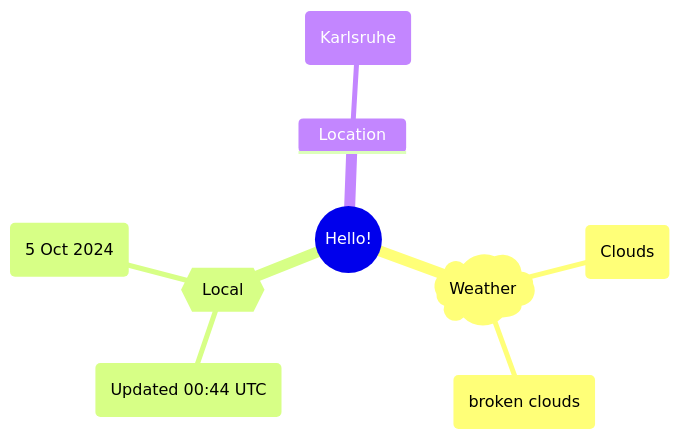
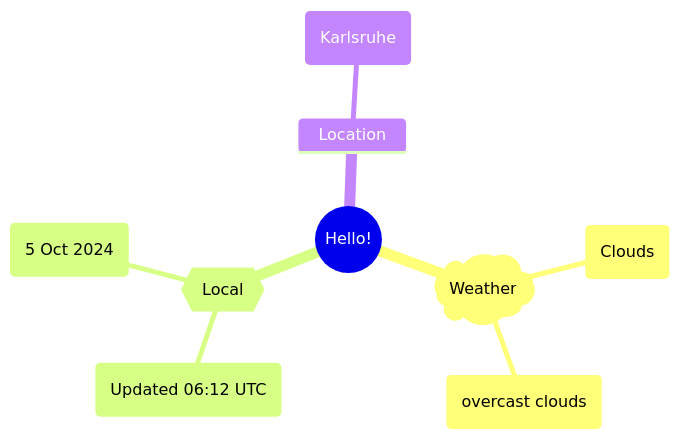
One commit to Xosrov/Xosrov changed the first of 2 diagrams in README.md. Above: the diagram before and after it, drawn with Mermaid.

Commit message:
[bot] updated images

````diff
--- a/README.md
+++ b/README.md
@@ -3,12 +3,12 @@
 ```mermaid
 mindmap
   root((Hello!))
     )Weather(
         (Clouds)
-        (broken clouds)
+        (overcast clouds)
     {{Local}}
-        (Updated 00:44 UTC)
+        (Updated 06:12 UTC)
         (5 Oct 2024)
     Location
         (Karlsruhe)
 ```
````
